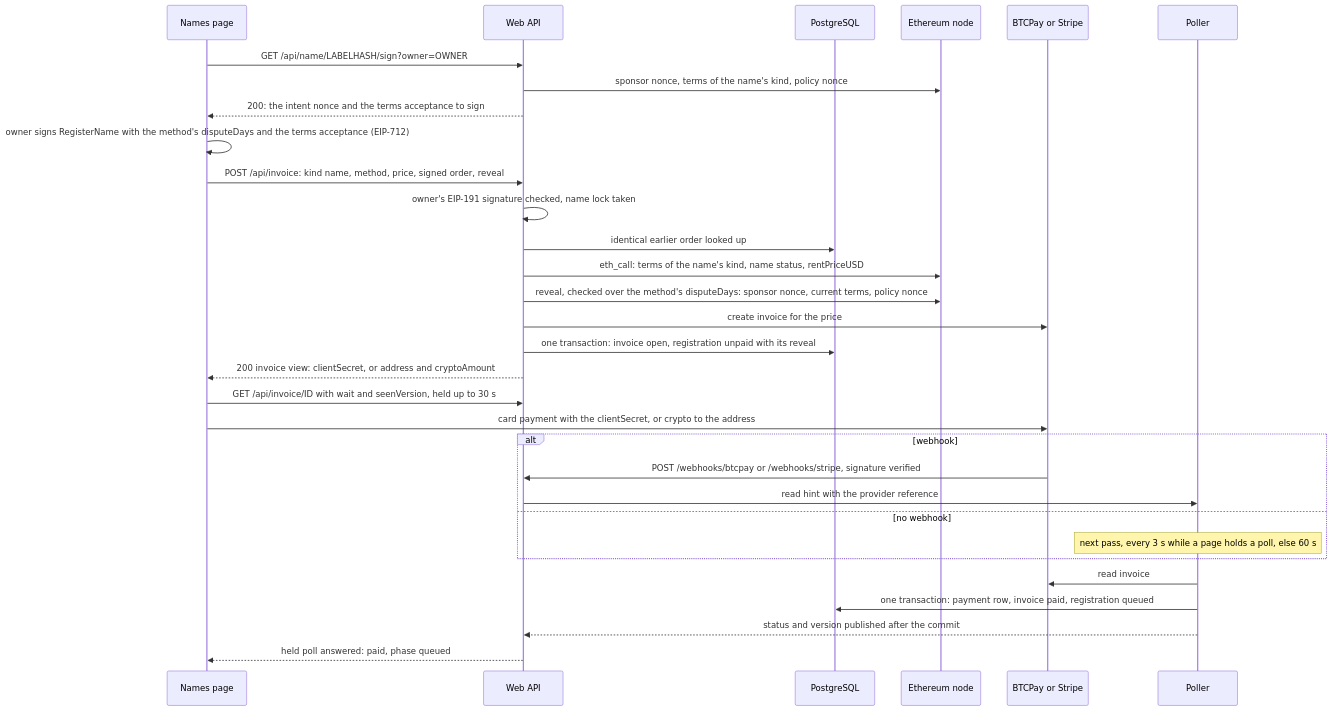
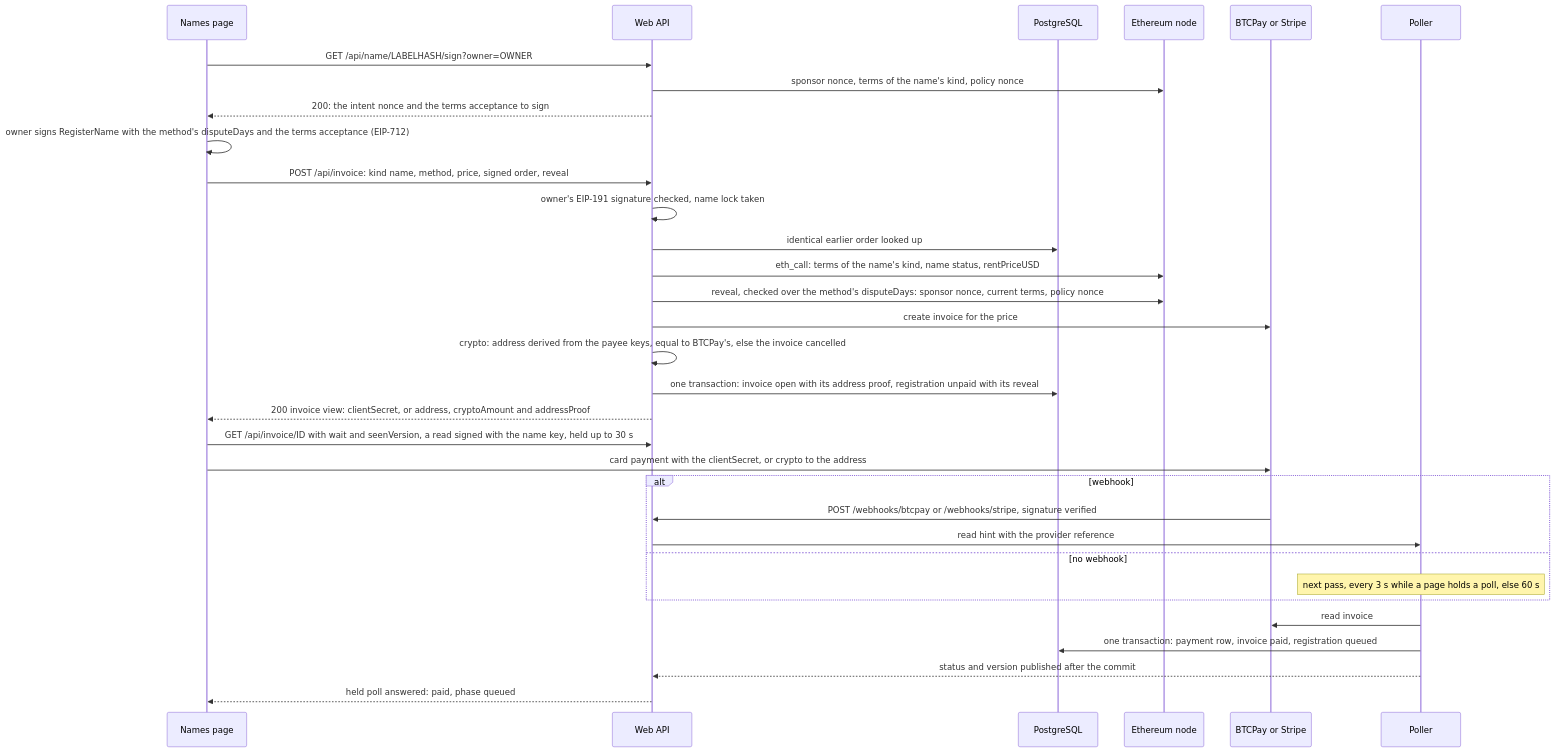
One commit to simplex-chat/simplex-chat changed the second of 16 diagrams in apps/simplex-store-service/docs/names.md. Above: the diagram before and after it, drawn with Mermaid. The commit also changed other lines of this file and 4 other files, not shown here.

````diff
--- a/apps/simplex-store-service/docs/names.md
+++ b/apps/simplex-store-service/docs/names.md
@@ -158,33 +161,34 @@
 ```mermaid
 sequenceDiagram
   participant P as Names page
   participant W as Web API
   participant D as PostgreSQL
   participant E as Ethereum node
   participant V as BTCPay or Stripe
   participant L as Poller
   P->>W: GET /api/name/LABELHASH/sign?owner=OWNER
   W->>E: sponsor nonce, terms of the name's kind, policy nonce
   W-->>P: 200: the intent nonce and the terms acceptance to sign
   P->>P: owner signs RegisterName with the method's disputeDays and the terms acceptance (EIP-712)
   P->>W: POST /api/invoice: kind name, method, price, signed order, reveal
   W->>W: owner's EIP-191 signature checked, name lock taken
   W->>D: identical earlier order looked up
   W->>E: eth_call: terms of the name's kind, name status, rentPriceUSD
   W->>E: reveal, checked over the method's disputeDays: sponsor nonce, current terms, policy nonce
   W->>V: create invoice for the price
-  W->>D: one transaction: invoice open, registration unpaid with its reveal
-  W-->>P: 200 invoice view: clientSecret, or address and cryptoAmount
-  P->>W: GET /api/invoice/ID with wait and seenVersion, held up to 30 s
+  W->>W: crypto: address derived from the payee keys, equal to BTCPay's, else the invoice cancelled
+  W->>D: one transaction: invoice open with its address proof, registration unpaid with its reveal
+  W-->>P: 200 invoice view: clientSecret, or address, cryptoAmount and addressProof
+  P->>W: GET /api/invoice/ID with wait and seenVersion, a read signed with the name key, held up to 30 s
   P->>V: card payment with the clientSecret, or crypto to the address
   alt webhook
     V->>W: POST /webhooks/btcpay or /webhooks/stripe, signature verified
     W->>L: read hint with the provider reference
   else no webhook
     Note over L: next pass, every 3 s while a page holds a poll, else 60 s
   end
   L->>V: read invoice
   L->>D: one transaction: payment row, invoice paid, registration queued
   L-->>W: status and version published after the commit
   W-->>P: held poll answered: paid, phase queued
 ```
````
